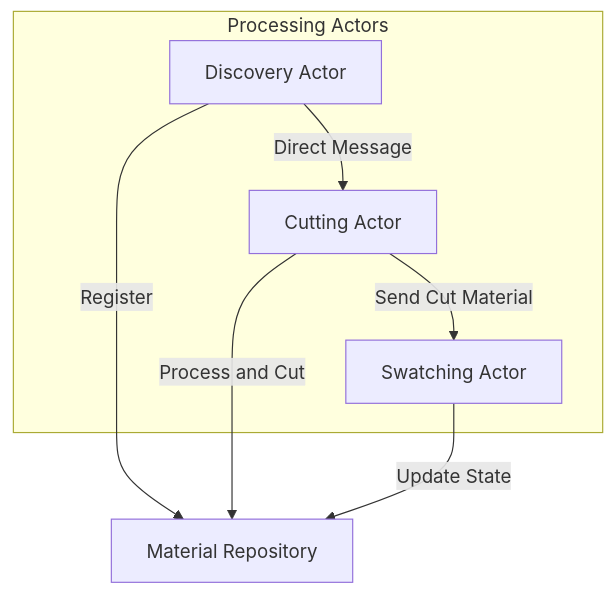
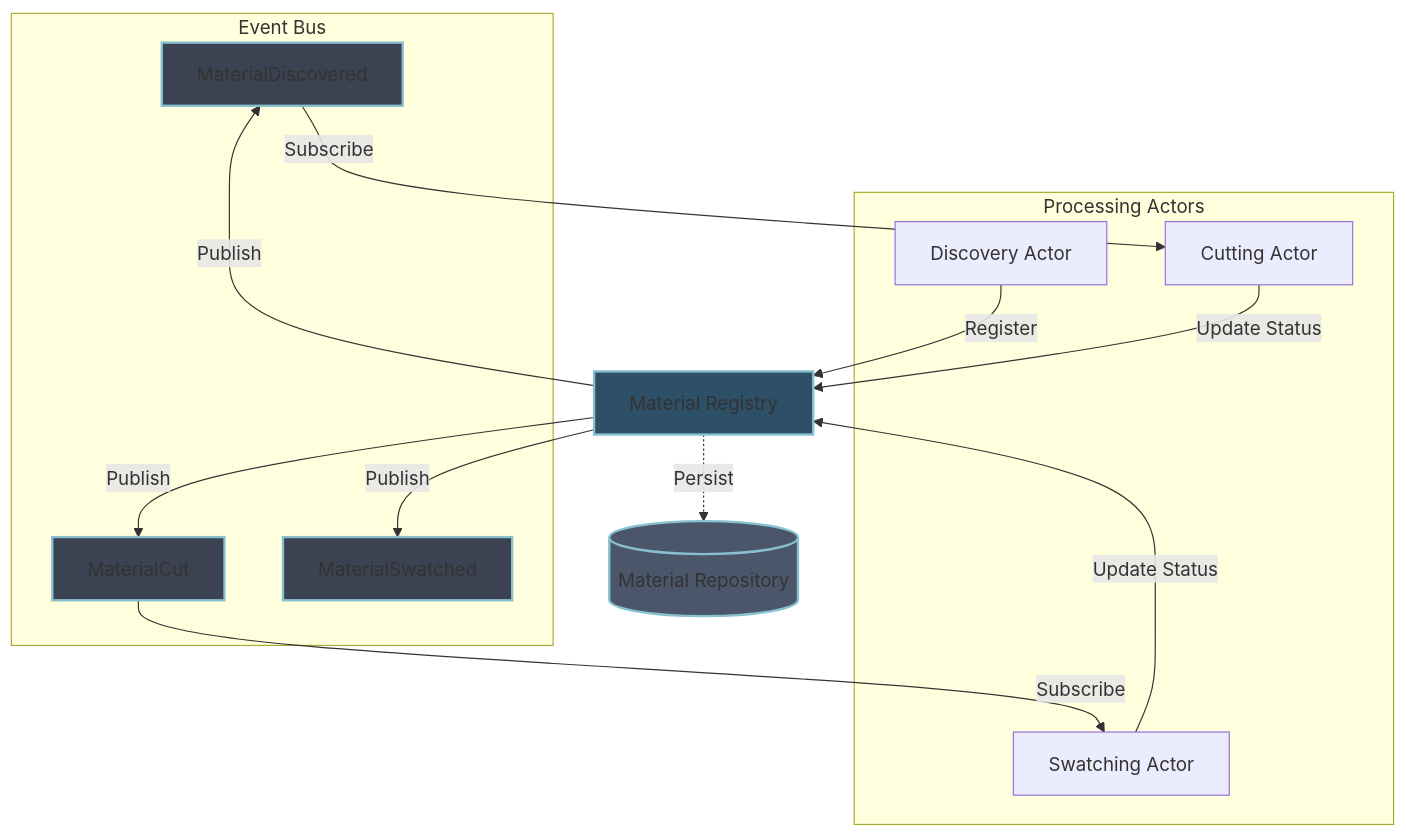
The diagram in docs/src/features/actor-model-architecture.md (pandallel/quilt), drawn with Mermaid before and after one commit. The commit also changed other lines of this file and 5 other files, not shown here.

First line of the commit message:
Refactor architecture to implement event-driven model

````diff
--- a/docs/src/features/actor-model-architecture.md
+++ b/docs/src/features/actor-model-architecture.md
@@ -28,16 +41,42 @@
 ```mermaid
 graph TB
+    subgraph EventBus["Event Bus"]
+        E1[MaterialDiscovered]
+        E2[MaterialCut]
+        E3[MaterialSwatched]
+    end
+
     subgraph ProcessingActors["Processing Actors"]
         DW[Discovery Actor]
         CW[Cutting Actor]
         SW[Swatching Actor]
     end
 
-    Repo[Material Repository]
+    Reg[Material Registry]
+    DB[(Material Repository)]
 
-    DW -->|"Direct Message"| CW
-    DW -->|"Register"| Repo
-    CW -->|"Process and Cut"| Repo
-    CW -->|"Send Cut Material"| SW
-    SW -->|"Update State"| Repo
+    %% Discovery flow
+    DW -->|"Register"| Reg
+    Reg -->|"Publish"| E1
+    E1 -->|"Subscribe"| CW
+
+    %% Cutting flow
+    CW -->|"Update Status"| Reg
+    Reg -->|"Publish"| E2
+    E2 -->|"Subscribe"| SW
+
+    %% Swatching flow
+    SW -->|"Update Status"| Reg
+    Reg -->|"Publish"| E3
+
+    %% Persistence flow
+    Reg -.->|"Persist"| DB
+
+    %% Style - using more subtle, dark-mode friendly colors
+    classDef registry fill:#2d4f67,stroke:#88c0d0,stroke-width:2px;
+    classDef eventBus fill:#3b4252,stroke:#88c0d0,stroke-width:2px;
+    classDef repository fill:#4c566a,stroke:#88c0d0,stroke-width:2px;
+    class Reg registry;
+    class E1,E2,E3 eventBus;
+    class DB repository;
 ```
````
